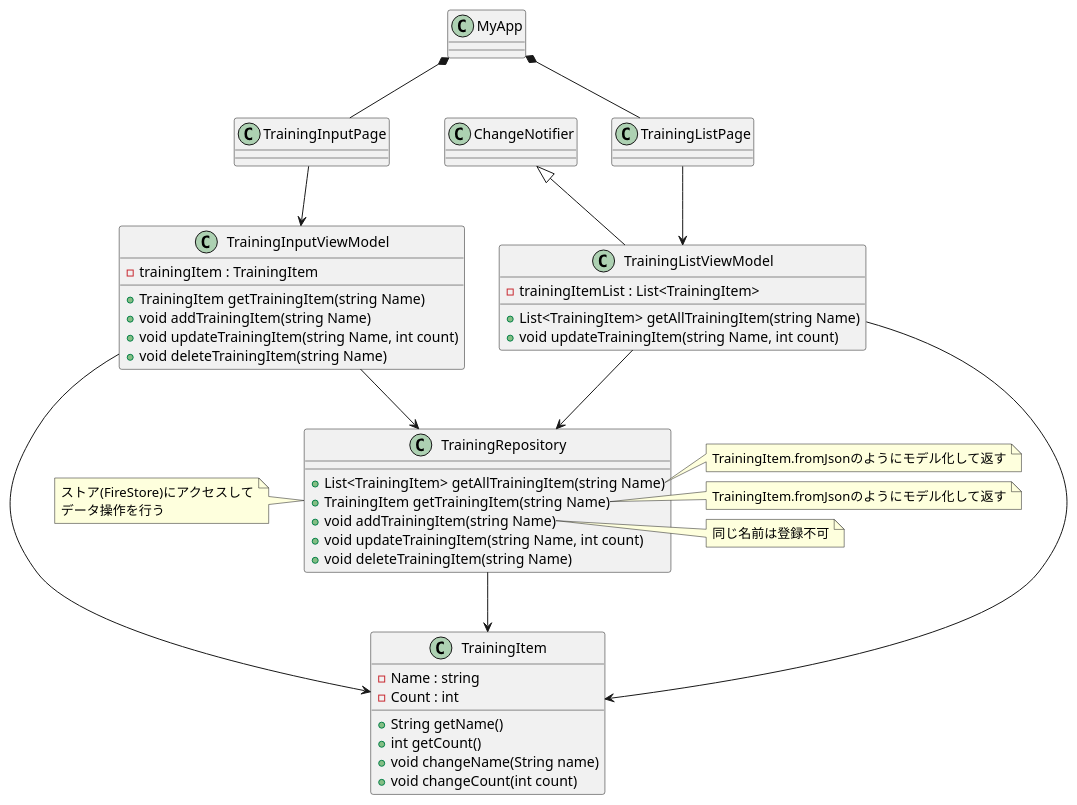
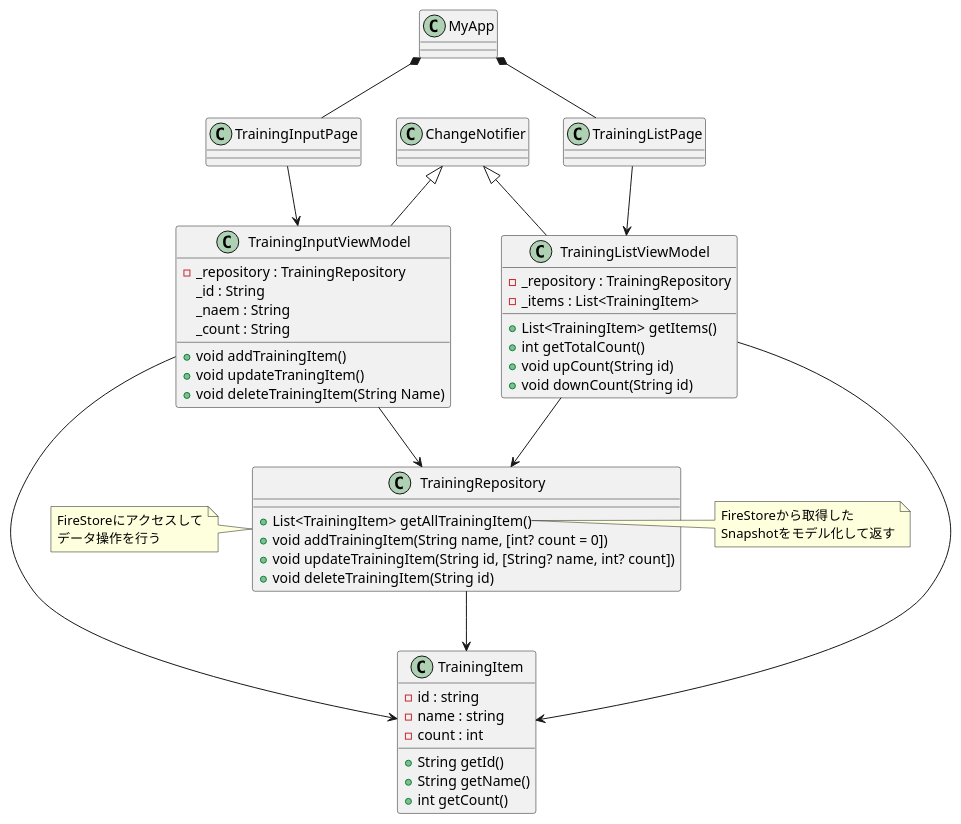
One commit to i-tanaka730/muscle_training_counter changed the diagram in doc/クラス設計.pu. Above: the diagram before and after it, drawn with PlantUML.

Commit message:
doc: クラス設計を更新。

```diff
--- a/doc/クラス設計.pu
+++ b/doc/クラス設計.pu
@@ -1,65 +1,63 @@
 @startuml
 
 MyApp *-- TrainingListPage
 MyApp *-- TrainingInputPage
 
 TrainingListPage  -->  TrainingListViewModel
 TrainingInputPage  -->  TrainingInputViewModel
 
 TrainingListViewModel --> TrainingRepository
 TrainingInputViewModel --> TrainingRepository
 ChangeNotifier <|-- TrainingListViewModel
+ChangeNotifier <|-- TrainingInputViewModel
 
 TrainingListViewModel --> TrainingItem
 TrainingInputViewModel --> TrainingItem
 TrainingRepository --> TrainingItem
 
 class TrainingListViewModel {
-  - trainingItemList : List<TrainingItem>
-  + List<TrainingItem> getAllTrainingItem(string Name)
-  + void updateTrainingItem(string Name, int count)
+  - _repository : TrainingRepository
+  - _items : List<TrainingItem>
+  + List<TrainingItem> getItems()
+  + int getTotalCount()
+  + void upCount(String id)
+  + void downCount(String id)
 }
 
 class TrainingInputViewModel {
-  - trainingItem : TrainingItem
-  + TrainingItem getTrainingItem(string Name)
-  + void addTrainingItem(string Name)
-  + void updateTrainingItem(string Name, int count)
-  + void deleteTrainingItem(string Name)
+  - _repository : TrainingRepository
+  _id : String
+  _naem : String
+  _count : String
+  + void addTrainingItem()
+  + void updateTraningItem()
+  + void deleteTrainingItem(String Name)
 }
 
 class TrainingRepository {
-  + List<TrainingItem> getAllTrainingItem(string Name)
-  + TrainingItem getTrainingItem(string Name)
-  + void addTrainingItem(string Name)
-  + void updateTrainingItem(string Name, int count)
-  + void deleteTrainingItem(string Name)
+  + List<TrainingItem> getAllTrainingItem()
+  + void addTrainingItem(String name, [int? count = 0])
+  + void updateTrainingItem(String id, [String? name, int? count])
+  + void deleteTrainingItem(String id)
 }
 
 note left of TrainingRepository
-  ストア(FireStore)にアクセスして
+  FireStoreにアクセスして
   データ操作を行う
 end note
 
 note right of TrainingRepository::getAllTrainingItem
-  TrainingItem.fromJsonのようにモデル化して返す
-end note
-
-note right of TrainingRepository::getTrainingItem
-  TrainingItem.fromJsonのようにモデル化して返す
-end note
-
-note right of TrainingRepository::addTrainingItem
-  同じ名前は登録不可
+  FireStoreから取得した
+  Snapshotをモデル化して返す
 end note
 
 class TrainingItem {
-  - Name : string
-  - Count : int
+  - id : string
+  - name : string
+  - count : int
+  + String getId()
   + String getName()
   + int getCount()
-  + void changeName(String name)
-  + void changeCount(int count)
 }
 
 @enduml
```
